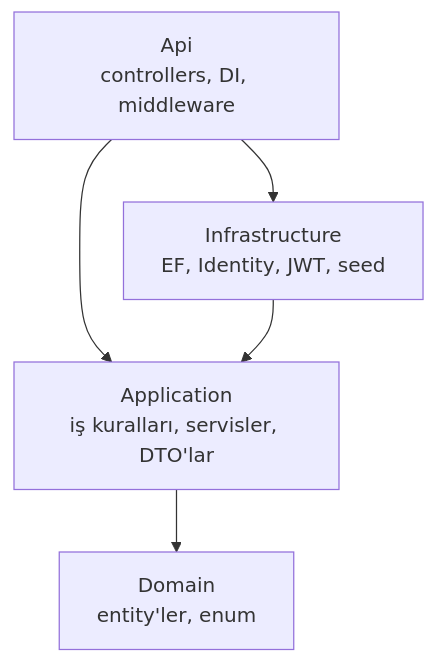
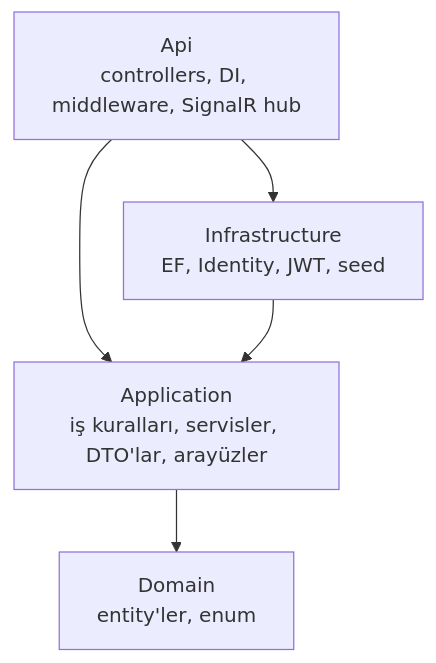
Before and after one commit to samet-6/Stok-Takip-Sistemi: the diagram in README.md, drawn with Mermaid. The commit also changed other lines of this file, not shown here.

````diff
--- a/README.md
+++ b/README.md
@@ -60,7 +60,7 @@
 ```mermaid
 graph TD
-    Api[Api<br/>controllers, DI, middleware] --> App[Application<br/>iş kuralları, servisler, DTO'lar]
+    Api[Api<br/>controllers, DI, middleware, SignalR hub] --> App[Application<br/>iş kuralları, servisler, DTO'lar, arayüzler]
     Infra[Infrastructure<br/>EF, Identity, JWT, seed] --> App
     App --> Domain[Domain<br/>entity'ler, enum]
     Api --> Infra
 ```
````
